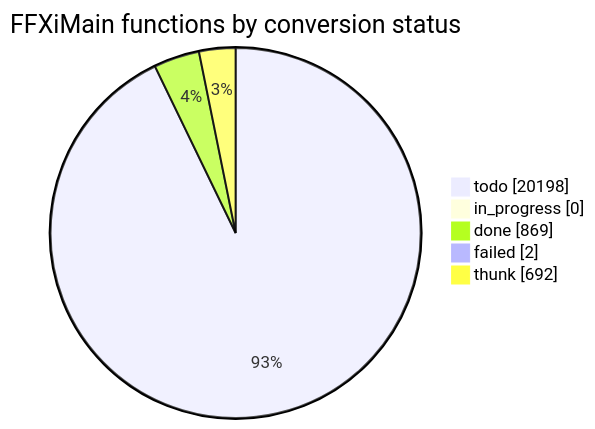
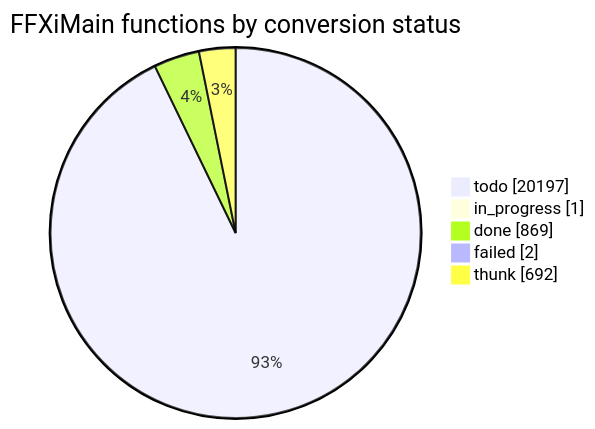
Before and after one commit to cowrevenge/cow_kuluu_xi_anything: the diagram in docs/cow/STATUS.md, drawn with Mermaid. The commit also changed other lines of this file and 7 other files, not shown here.

````diff
--- a/docs/cow/STATUS.md
+++ b/docs/cow/STATUS.md
@@ -18,9 +18,9 @@
 ```mermaid
 pie showData
     title FFXiMain functions by conversion status
-    "todo" : 20198
-    "in_progress" : 0
+    "todo" : 20197
+    "in_progress" : 1
     "done" : 869
     "failed" : 2
     "thunk" : 692
 ```
````
